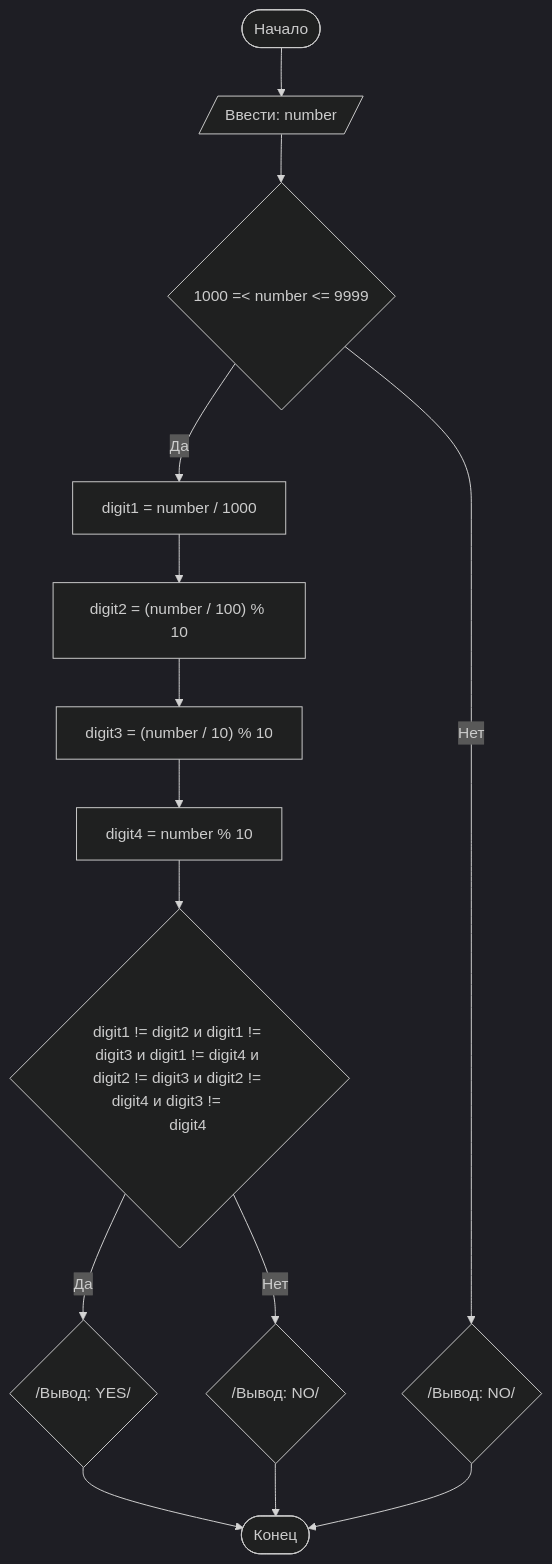
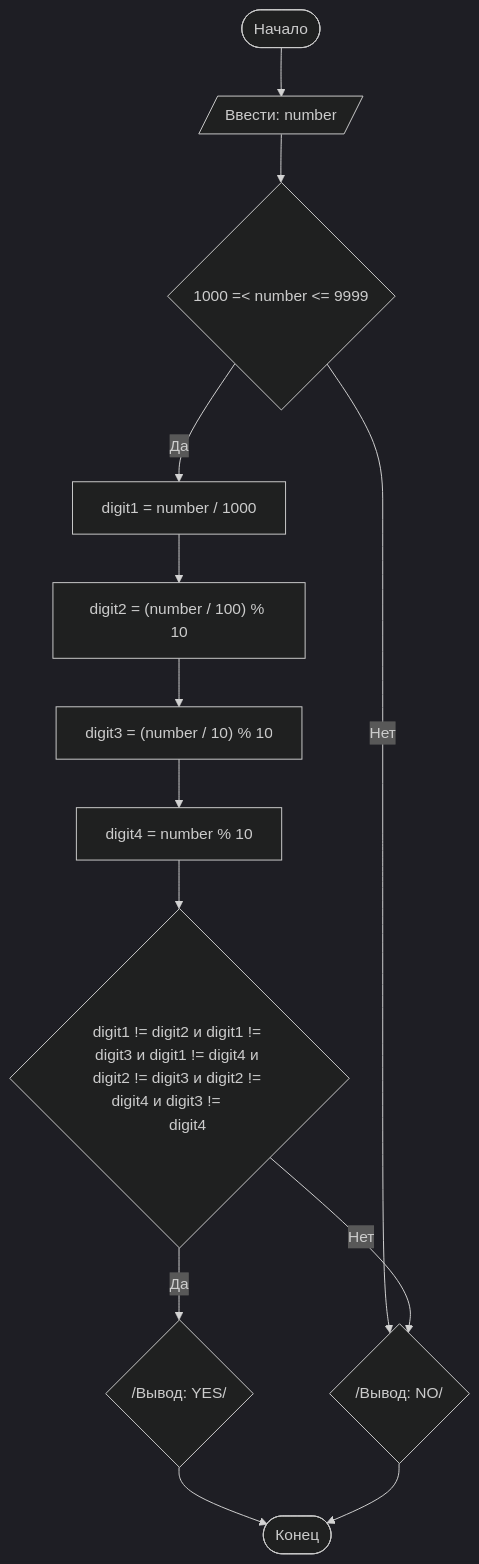
Before and after one commit to Vladislav3108/Lab27: the diagram in README.md, drawn with Mermaid (dark theme).

Commit message:
README.md

````diff
--- a/README.md
+++ b/README.md
@@ -82,18 +82,17 @@
 ```mermaid
 graph TD
     A([Начало]) --> B[/Ввести: number/]
     B --> C{1000 =< number <= 9999}
     C -- Нет --> D{/Вывод: NO/}
     C -- Да --> I[digit1 = number / 1000]
     I --> J["digit2 = (number / 100) % 10"]
     J --> K["digit3 = (number / 10) % 10"]
     K --> L["digit4 = number % 10"]
     L --> F{digit1 != digit2 и digit1 != digit3 и digit1 != digit4 и digit2 != digit3 и digit2 != digit4 и digit3 !=      
     digit4}
     F -- Да --> G{/Вывод: YES/}
-    F -- Нет --> H{/Вывод: NO/}
+    F -- Нет --> D
     G --> Z
-    H --> Z
     D --> Z([Конец])
 
 ```
````
